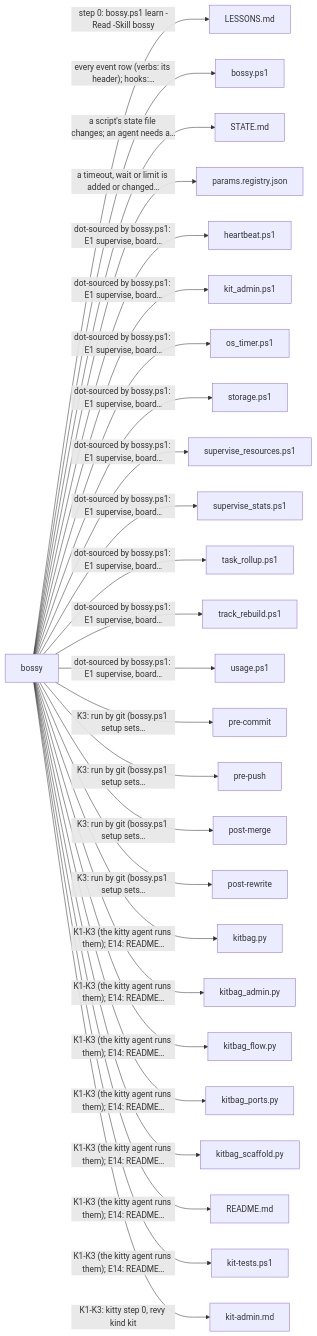
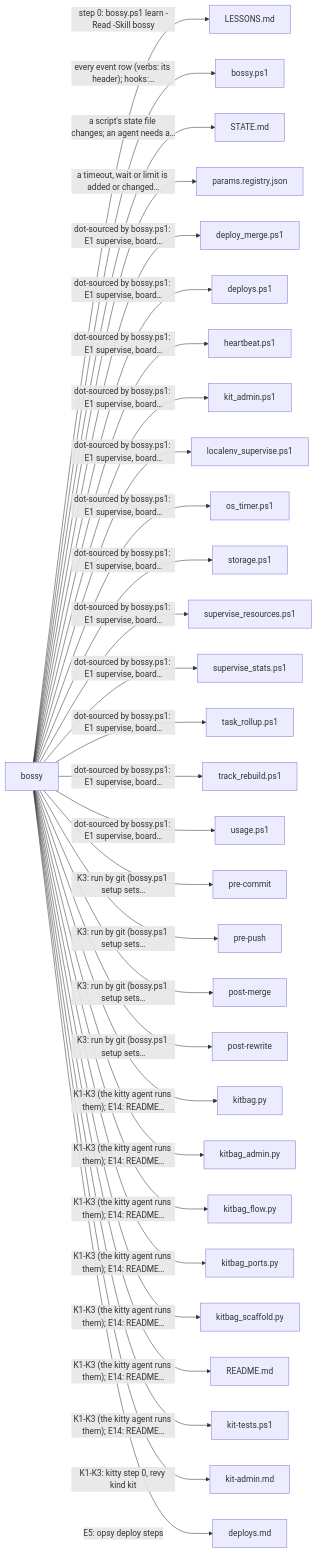
One commit to prskid1000/claude-crew changed the third of 7 diagrams in README.md. Above: the diagram before and after it, drawn with Mermaid. The commit also changed other lines of this file and 96 other files, not shown here.

````diff
--- a/README.md
+++ b/README.md
@@ -413,29 +418,33 @@
 ```mermaid
 flowchart LR
   skills_bossy_SKILL_md["bossy"]
   skills_bossy_SKILL_md -->|"step 0: bossy.ps1 learn -Read -Skill bossy"| LESSONS_md["LESSONS.md"]
   skills_bossy_SKILL_md -->|"every event row (verbs: its header); hooks:…"| skills_bossy_bossy_ps1["bossy.ps1"]
   skills_bossy_SKILL_md -->|"a script's state file changes; an agent needs a…"| skills_bossy_STATE_md["STATE.md"]
   skills_bossy_SKILL_md -->|"a timeout, wait or limit is added or changed…"| skills_bossy_params_registry_json["params.registry.json"]
+  skills_bossy_SKILL_md -->|"dot-sourced by bossy.ps1: E1 supervise, board…"| skills_bossy_adapters_deploy_merge_ps1["deploy_merge.ps1"]
+  skills_bossy_SKILL_md -->|"dot-sourced by bossy.ps1: E1 supervise, board…"| skills_bossy_adapters_deploys_ps1["deploys.ps1"]
   skills_bossy_SKILL_md -->|"dot-sourced by bossy.ps1: E1 supervise, board…"| skills_bossy_adapters_heartbeat_ps1["heartbeat.ps1"]
   skills_bossy_SKILL_md -->|"dot-sourced by bossy.ps1: E1 supervise, board…"| skills_bossy_adapters_kit_admin_ps1["kit_admin.ps1"]
+  skills_bossy_SKILL_md -->|"dot-sourced by bossy.ps1: E1 supervise, board…"| skills_bossy_adapters_localenv_supervise_ps1["localenv_supervise.ps1"]
   skills_bossy_SKILL_md -->|"dot-sourced by bossy.ps1: E1 supervise, board…"| skills_bossy_adapters_os_timer_ps1["os_timer.ps1"]
   skills_bossy_SKILL_md -->|"dot-sourced by bossy.ps1: E1 supervise, board…"| skills_bossy_adapters_storage_ps1["storage.ps1"]
   skills_bossy_SKILL_md -->|"dot-sourced by bossy.ps1: E1 supervise, board…"| skills_bossy_adapters_supervise_resources_ps1["supervise_resources.ps1"]
   skills_bossy_SKILL_md -->|"dot-sourced by bossy.ps1: E1 supervise, board…"| skills_bossy_adapters_supervise_stats_ps1["supervise_stats.ps1"]
   skills_bossy_SKILL_md -->|"dot-sourced by bossy.ps1: E1 supervise, board…"| skills_bossy_adapters_task_rollup_ps1["task_rollup.ps1"]
   skills_bossy_SKILL_md -->|"dot-sourced by bossy.ps1: E1 supervise, board…"| skills_bossy_adapters_track_rebuild_ps1["track_rebuild.ps1"]
   skills_bossy_SKILL_md -->|"dot-sourced by bossy.ps1: E1 supervise, board…"| skills_bossy_adapters_usage_ps1["usage.ps1"]
   skills_bossy_SKILL_md -->|"K3: run by git (bossy.ps1 setup sets…"| _githooks_pre_commit["pre-commit"]
   skills_bossy_SKILL_md -->|"K3: run by git (bossy.ps1 setup sets…"| _githooks_pre_push["pre-push"]
   skills_bossy_SKILL_md -->|"K3: run by git (bossy.ps1 setup sets…"| _githooks_post_merge["post-merge"]
   skills_bossy_SKILL_md -->|"K3: run by git (bossy.ps1 setup sets…"| _githooks_post_rewrite["post-rewrite"]
   skills_bossy_SKILL_md -->|"K1-K3 (the kitty agent runs them); E14: README…"| skills_bossy_kitbag_py["kitbag.py"]
   skills_bossy_SKILL_md -->|"K1-K3 (the kitty agent runs them); E14: README…"| skills_bossy_kitbag_admin_py["kitbag_admin.py"]
   skills_bossy_SKILL_md -->|"K1-K3 (the kitty agent runs them); E14: README…"| skills_bossy_kitbag_flow_py["kitbag_flow.py"]
   skills_bossy_SKILL_md -->|"K1-K3 (the kitty agent runs them); E14: README…"| skills_bossy_kitbag_ports_py["kitbag_ports.py"]
   skills_bossy_SKILL_md -->|"K1-K3 (the kitty agent runs them); E14: README…"| skills_bossy_kitbag_scaffold_py["kitbag_scaffold.py"]
   skills_bossy_SKILL_md -->|"K1-K3 (the kitty agent runs them); E14: README…"| README_md["README.md"]
   skills_bossy_SKILL_md -->|"K1-K3 (the kitty agent runs them); E14: README…"| tests_kit_tests_ps1["kit-tests.ps1"]
   skills_bossy_SKILL_md -->|"K1-K3: kitty step 0, revy kind kit"| skills_bossy_kit_admin_md["kit-admin.md"]
+  skills_bossy_SKILL_md -->|"E5: opsy deploy steps"| skills_bossy_deploys_md["deploys.md"]
 ```
````
